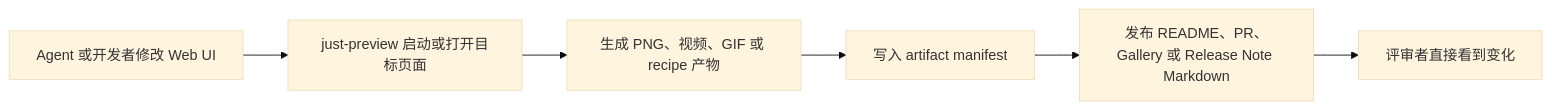
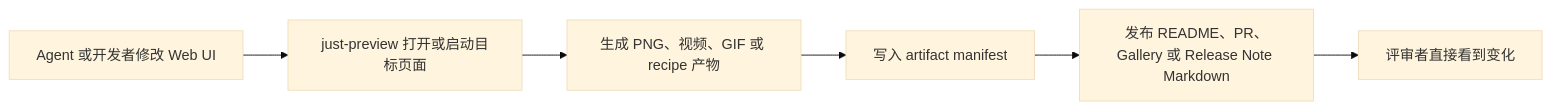
The diagram in README.zh-CN.md (Just-Agent/Just-Product-Preview), drawn with Mermaid (base theme) before and after one commit. The commit also changed other lines of this file and 2 other files, not shown here.

````diff
--- a/README.zh-CN.md
+++ b/README.zh-CN.md
@@ -257,8 +281,8 @@
 ```mermaid
 flowchart LR
-    A["Agent 或开发者修改 Web UI"] --> B["just-preview 启动或打开目标页面"]
+    A["Agent 或开发者修改 Web UI"] --> B["just-preview 打开或启动目标页面"]
     B --> C["生成 PNG、视频、GIF 或 recipe 产物"]
     C --> D["写入 artifact manifest"]
     D --> E["发布 README、PR、Gallery 或 Release Note Markdown"]
     E --> F["评审者直接看到变化"]
 ```
````
